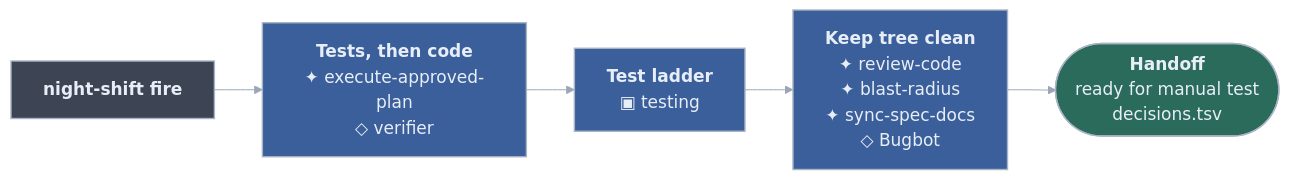
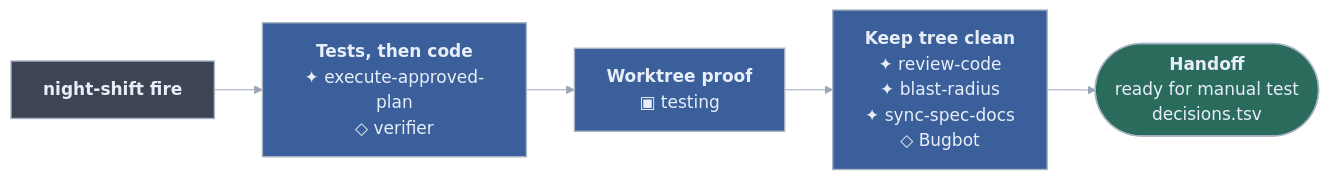
One commit to RaphaelBecker/cursor-harness changed the second of 14 diagrams in README.md. Above: the diagram before and after it, drawn with Mermaid. The commit also changed other lines of this file and 25 other files, not shown here.

First line of the commit message:
Split verification into worktree proof vs idle-main complete.

````diff
--- a/README.md
+++ b/README.md
@@ -85,16 +85,16 @@
 ```mermaid
 %%{init: {"theme":"base","themeVariables":{"darkMode":true,"fontFamily":"ui-sans-serif, system-ui, -apple-system, Segoe UI, sans-serif","fontSize":"17px","background":"#2B313C","lineColor":"#9AA6B8","textColor":"#9AA6B8","primaryTextColor":"#E8EEF7","edgeLabelBackground":"#2B313C"},"flowchart":{"curve":"basis","htmlLabels":true,"nodeSpacing":35,"rankSpacing":48,"padding":16,"useMaxWidth":true}}}%%
 flowchart LR
   n0["<b>night-shift fire</b>"]
   n1["<b>Tests, then code</b><br/>✦ execute-approved-plan<br/>◇ verifier"]
-  n2["<b>Test ladder</b><br/>▣ testing"]
+  n2["<b>Worktree proof</b><br/>▣ testing"]
   n3["<b>Keep tree clean</b><br/>✦ review-code<br/>✦ blast-radius<br/>✦ sync-spec-docs<br/>◇ Bugbot"]
   n4(["<b>Handoff</b><br/>ready for manual test<br/>decisions.tsv"])
   n0 --> n1 --> n2 --> n3 --> n4
   classDef skill fill:#3A5F9A,stroke:#A8B4C4,stroke-width:1.4px,color:#E8EEF7
   classDef you fill:#3D4554,stroke:#A8B4C4,stroke-width:1.4px,color:#E8EEF7
   classDef done fill:#2A6B5C,stroke:#A8B4C4,stroke-width:1.4px,color:#E8EEF7
   class n1,n2,n3 skill
   class n0 you
   class n4 done
 ```
````
